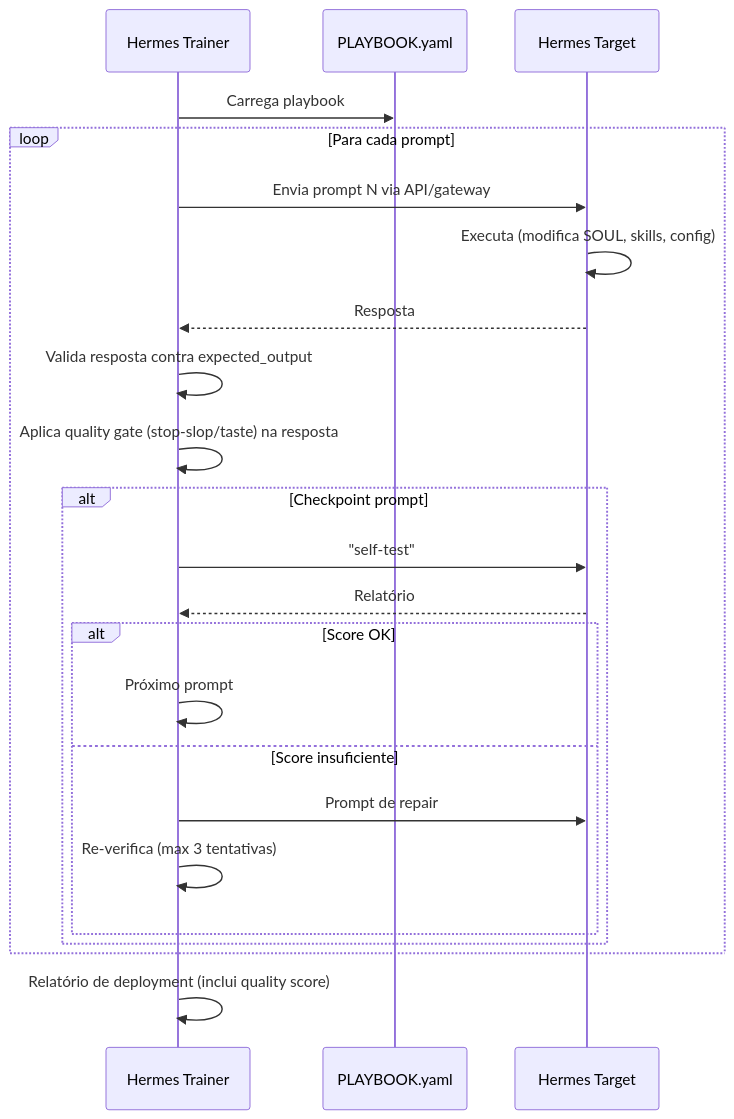
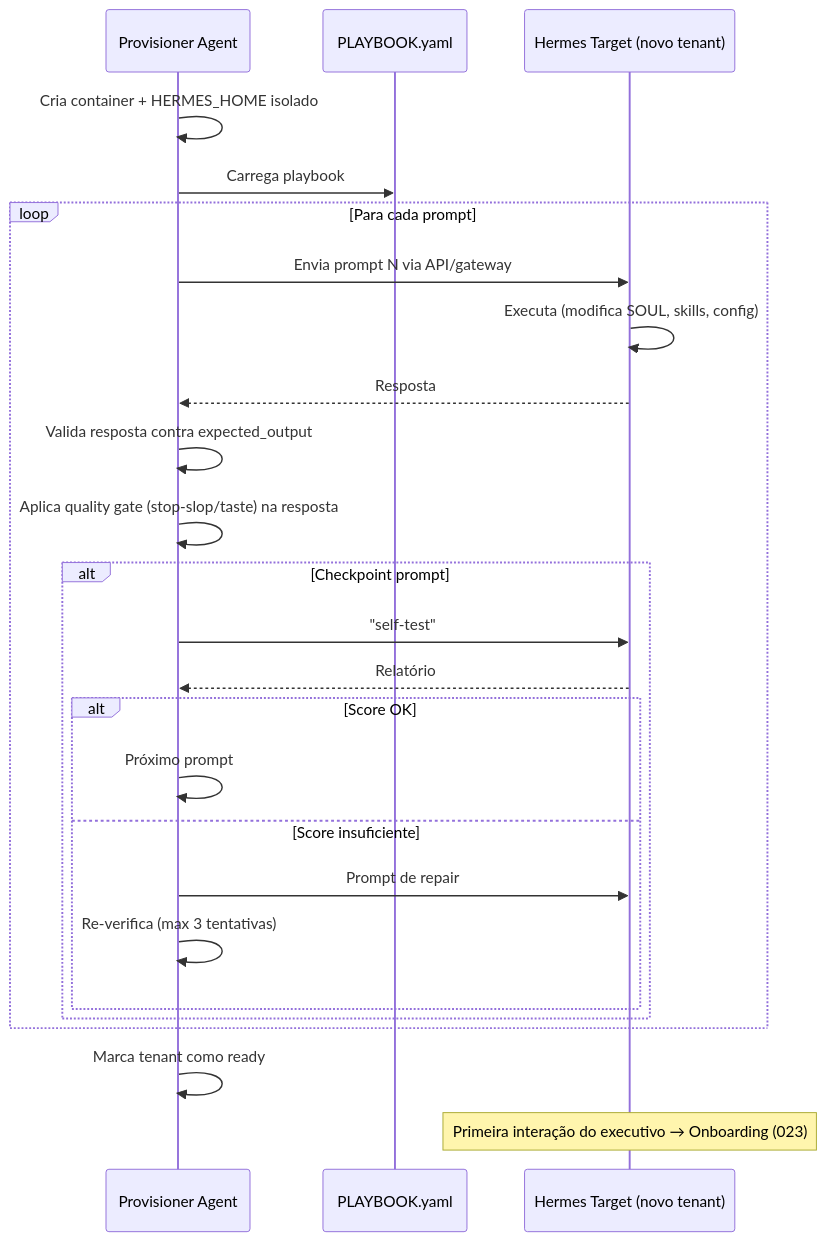
One commit to elderbernardi/exocortex.saas changed the third of 3 diagrams in plans/pdd/PLAN.md. Above: the diagram before and after it, drawn with Mermaid. The commit also changed other lines of this file and 71 other files, not shown here.

Commit message:
feat: implement unified AcervoCognitivo architecture with central management skills, multi-layer directory structure, and standardized operational procedures.

````diff
--- a/plans/pdd/PLAN.md
+++ b/plans/pdd/PLAN.md
@@ -260,26 +292,28 @@
 ```mermaid
 sequenceDiagram
-    participant T as Hermes Trainer
-    participant P as PLAYBOOK.yaml
-    participant E as Hermes Target
+    participant P as Provisioner Agent
+    participant PB as PLAYBOOK.yaml
+    participant E as Hermes Target (novo tenant)
 
-    T->>P: Carrega playbook
+    P->>P: Cria container + HERMES_HOME isolado
+    P->>PB: Carrega playbook
     loop Para cada prompt
-        T->>E: Envia prompt N via API/gateway
+        P->>E: Envia prompt N via API/gateway
         E->>E: Executa (modifica SOUL, skills, config)
-        E-->>T: Resposta
-        T->>T: Valida resposta contra expected_output
-        T->>T: Aplica quality gate (stop-slop/taste) na resposta
+        E-->>P: Resposta
+        P->>P: Valida resposta contra expected_output
+        P->>P: Aplica quality gate (stop-slop/taste) na resposta
         alt Checkpoint prompt
-            T->>E: "self-test"
-            E-->>T: Relatório
+            P->>E: "self-test"
+            E-->>P: Relatório
             alt Score OK
-                T->>T: Próximo prompt
+                P->>P: Próximo prompt
             else Score insuficiente
-                T->>E: Prompt de repair
-                T->>T: Re-verifica (max 3 tentativas)
+                P->>E: Prompt de repair
+                P->>P: Re-verifica (max 3 tentativas)
             end
         end
     end
-    T->>T: Relatório de deployment (inclui quality score)
+    P->>P: Marca tenant como ready
+    Note over E: Primeira interação do executivo → Onboarding (023)
 ```
````
